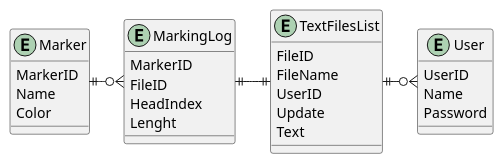
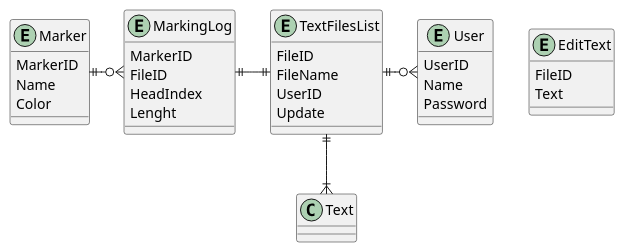
One commit to haremikura/Myrepo changed the diagram in DocumentAndMemo/text.pu. Above: the diagram before and after it, drawn with PlantUML. The commit also changed 16 other files, not shown here.

```diff
--- a/DocumentAndMemo/text.pu
+++ b/DocumentAndMemo/text.pu
@@ -1,33 +1,37 @@
-@startuml
+@startuml testFileDatabase
 entity User {
     UserID
     Name
     Password
 }
 
 entity TextFilesList {
     FileID
     FileName
     UserID
     Update
-    Text
 }
 
 entity Marker{
   MarkerID
   Name
   Color
 }
 
 
 entity MarkingLog{
   MarkerID
   FileID
   HeadIndex
   Lenght  
 }
+entity EditText{
+  FileID
+  Text
+  }
 
 TextFilesList ||--ri--o{ User
 TextFilesList ||-le-|| MarkingLog
+TextFilesList ||-do-|{ Text
 MarkingLog }o-le-|| Marker
 @enduml
```
